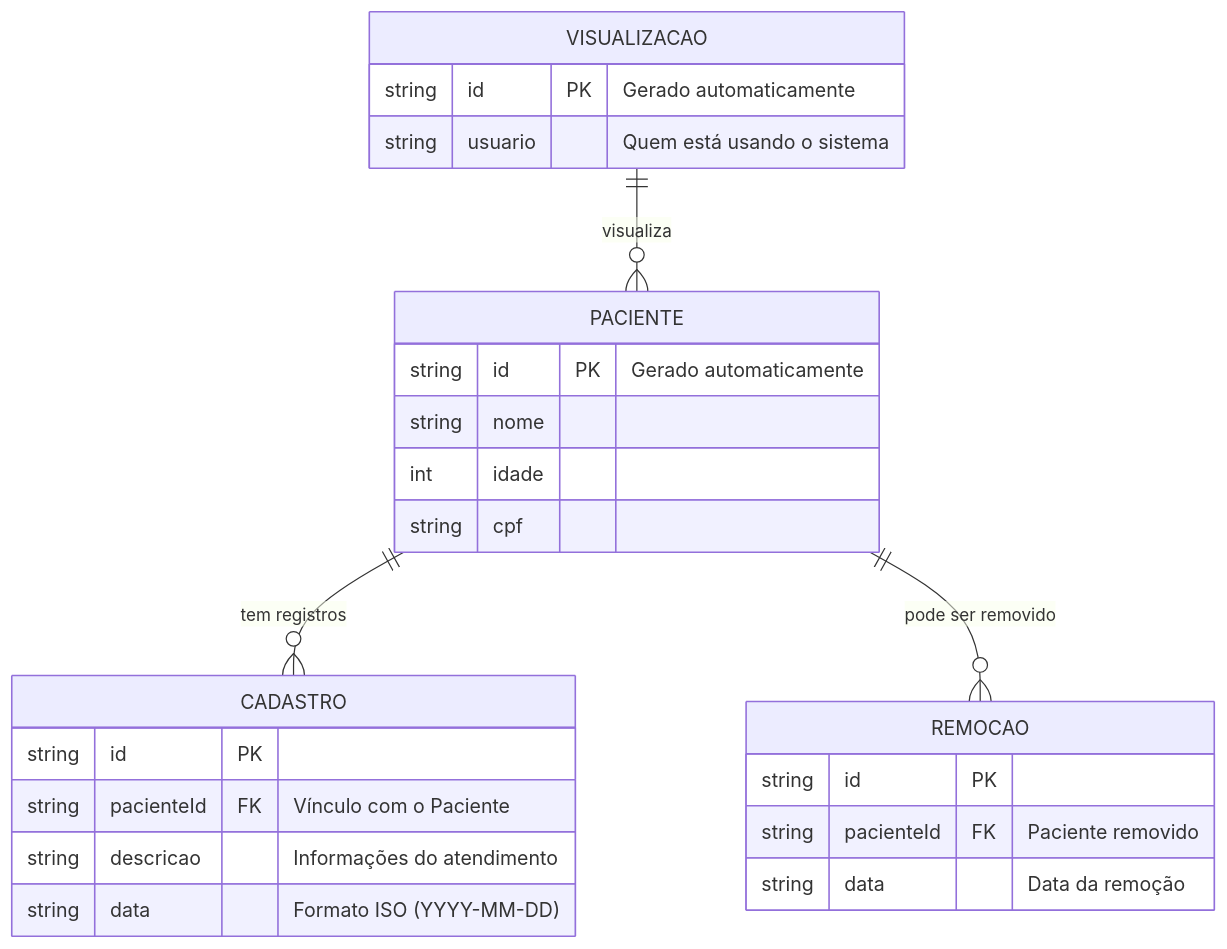
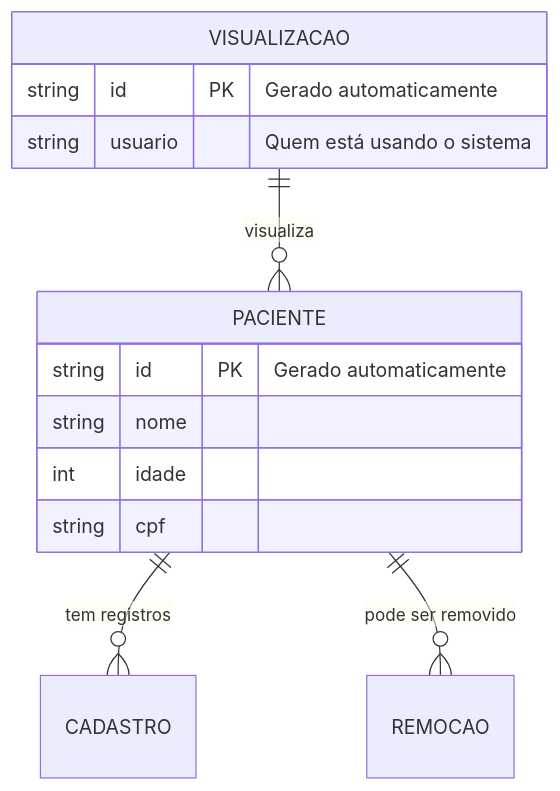
One commit to fehliperamos4/projeto-v1 changed the diagram in Docs/spec.md. Above: the diagram before and after it, drawn with Mermaid.

````diff
--- a/Docs/spec.md
+++ b/Docs/spec.md
@@ -9,31 +9,20 @@
 ```mermaid
 erDiagram
 PACIENTE ||--o{ CADASTRO : "tem registros"
 PACIENTE ||--o{ REMOCAO : "pode ser removido"
 
 PACIENTE {
   string id PK "Gerado automaticamente"
   string nome
   int idade
   string cpf
 }
 
-CADASTRO {
-  string id PK
-  string pacienteId FK "Vínculo com o Paciente"
-  string descricao "Informações do atendimento"
-  string data "Formato ISO (YYYY-MM-DD)"
-}
-
 VISUALIZACAO ||--o{ PACIENTE : "visualiza"
 VISUALIZACAO {
   string id PK "Gerado automaticamente"
   string usuario "Quem está usando o sistema"
 }
 
-REMOCAO {
-  string id PK
-  string pacienteId FK "Paciente removido"
-  string data "Data da remoção"
-}
+
 ```
````
